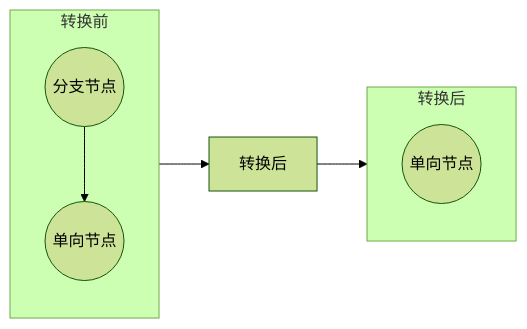
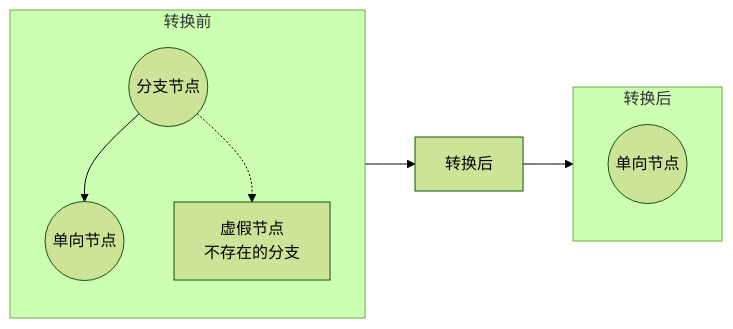
Diagram 14 of 22 in 控制流节点合并说明文档.md (jsCrack8/JavaScript-Deobfuscator), drawn with Mermaid (forest theme) before and after one commit. The commit also changed other lines of this file, not shown here.

````diff
--- a/控制流节点合并说明文档.md
+++ b/控制流节点合并说明文档.md
@@ -280,15 +285,17 @@
 ```mermaid
 flowchart LR
   subgraph L4["转换前"]
     direction TB
     A4(("分支节点"))
     B4(("单向节点"))
+    C4["虚假节点<br/>不存在的分支"]
     A4 --> B4
+    A4 -.-> C4
   end
-  B4 --> X4["转换后"]
+  X4["转换后"]
   subgraph R4["转换后"]
     direction TB
     D4(("单向节点"))
   end
-  X4 --> D4
+  L4 --> X4 --> R4
 ```
````
